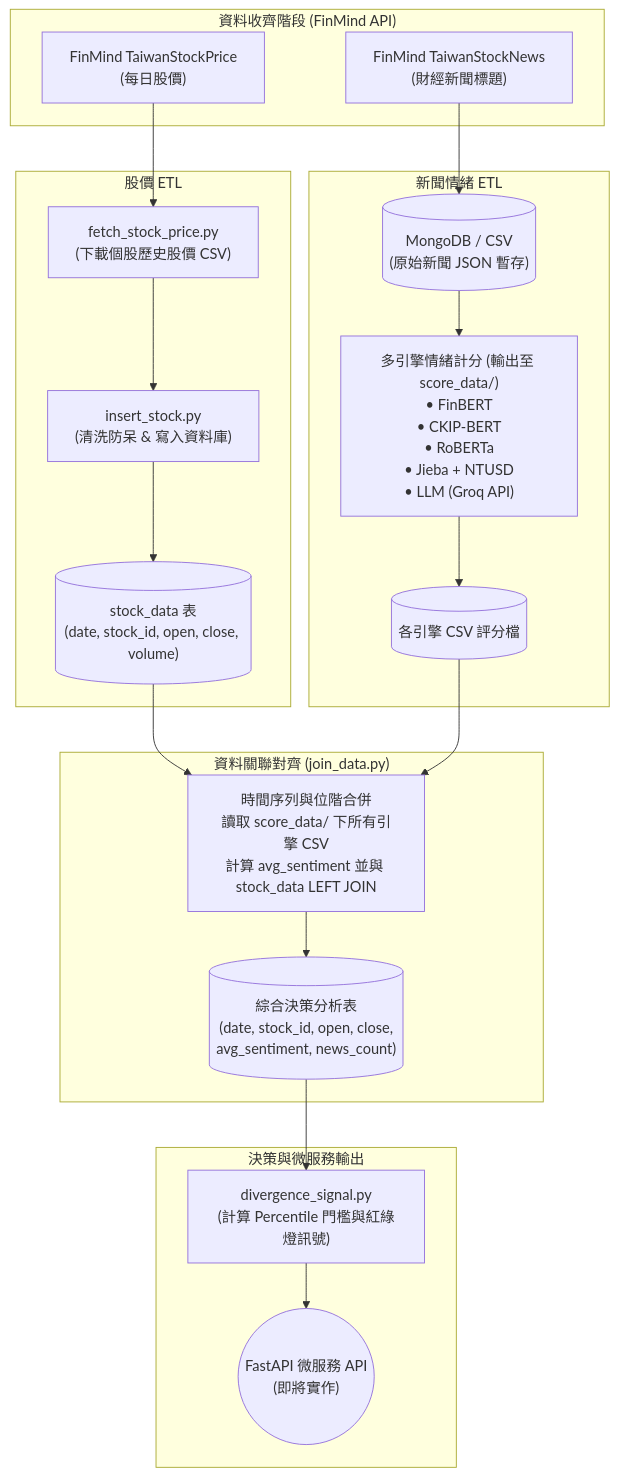
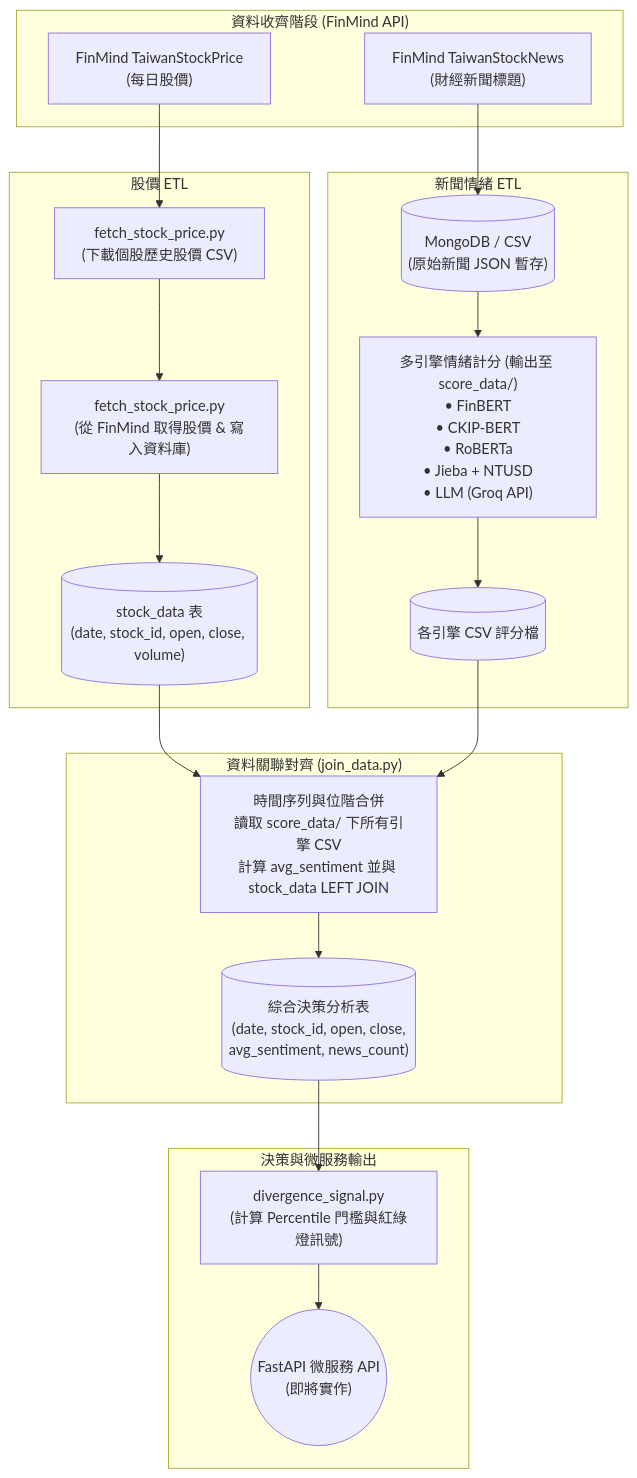
Before and after one commit to FinMood/Stock-Market-Sentiment-Analysis-System: the diagram in README.md, drawn with Mermaid. The commit also changed other lines of this file and 2 other files, not shown here.

````diff
--- a/README.md
+++ b/README.md
@@ -136,43 +136,43 @@
 ```mermaid
 graph TD
     subgraph Source["資料收齊階段 (FinMind API)"]
         A["FinMind TaiwanStockNews\n(財經新聞標題)"]
         B["FinMind TaiwanStockPrice\n(每日股價)"]
     end
 
     subgraph Stock_ETL["股價 ETL"]
         B1["fetch_stock_price.py\n(下載個股歷史股價 CSV)"]
-        B2["insert_stock.py\n(清洗防呆 & 寫入資料庫)"]
+        B2["fetch_stock_price.py\n(從 FinMind 取得股價 & 寫入資料庫)"]
         B3[("stock_data 表\n(date, stock_id, open, close, volume)")]
     end
 
     subgraph News_ETL["新聞情緒 ETL"]
         C[("MongoDB / CSV\n(原始新聞 JSON 暫存)")]
         D["多引擎情緒計分 (輸出至 score_data/)\n• FinBERT\n• CKIP-BERT\n• RoBERTa\n• Jieba + NTUSD\n• LLM (Groq API)"]
         E[("各引擎 CSV 評分檔")]
     end
 
     subgraph Integration["資料關聯對齊 (join_data.py)"]
         F["時間序列與位階合併\n讀取 score_data/ 下所有引擎 CSV\n計算 avg_sentiment 並與 stock_data LEFT JOIN"]
         G[("綜合決策分析表\n(date, stock_id, open, close,\navg_sentiment, news_count)")]
     end
 
     subgraph Signal_Module["決策與微服務輸出"]
         H["divergence_signal.py\n(計算 Percentile 門檻與紅綠燈訊號)"]
         I(("FastAPI 微服務 API\n(即將實作)"))
     end
 
     A --> C
     B --> B1
     B1 --> B2
     B2 --> B3
 
     C --> D
     D --> E
 
     B3 --> F
     E --> F
     F --> G
     G --> H
     H --> I
 ```
````
